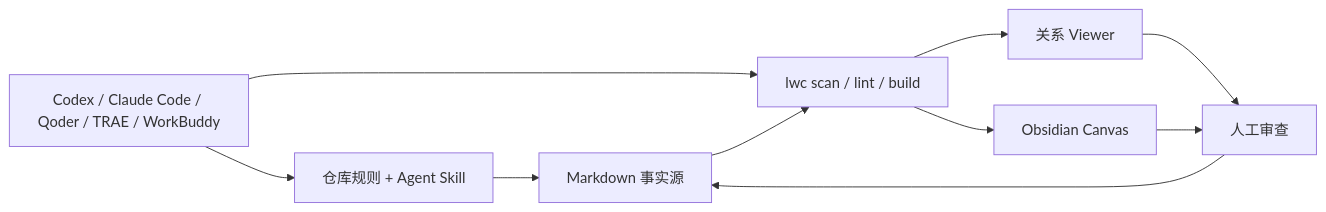
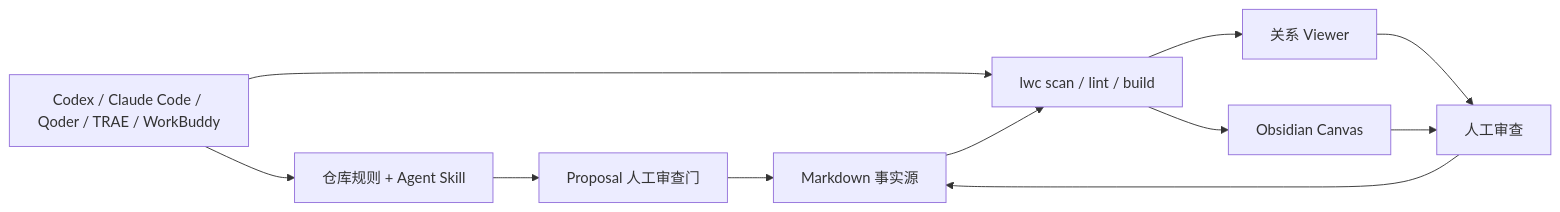
The diagram in docs/ai-agents.zh-CN.md (chicogong/llm-wiki-canvas), drawn with Mermaid before and after one commit. The commit also changed other lines of this file and 21 other files, not shown here.

````diff
--- a/docs/ai-agents.zh-CN.md
+++ b/docs/ai-agents.zh-CN.md
@@ -7,12 +7,13 @@
 ```mermaid
 flowchart LR
   A["Codex / Claude Code / Qoder / TRAE / WorkBuddy"] --> R["仓库规则 + Agent Skill"]
-  R --> M["Markdown 事实源"]
+  R --> P["Proposal 人工审查门"]
+  P --> M["Markdown 事实源"]
   A --> C["lwc scan / lint / build"]
   M --> C
   C --> G["关系 Viewer"]
   C --> O["Obsidian Canvas"]
   G --> H["人工审查"]
   O --> H
   H --> M
 ```
````
